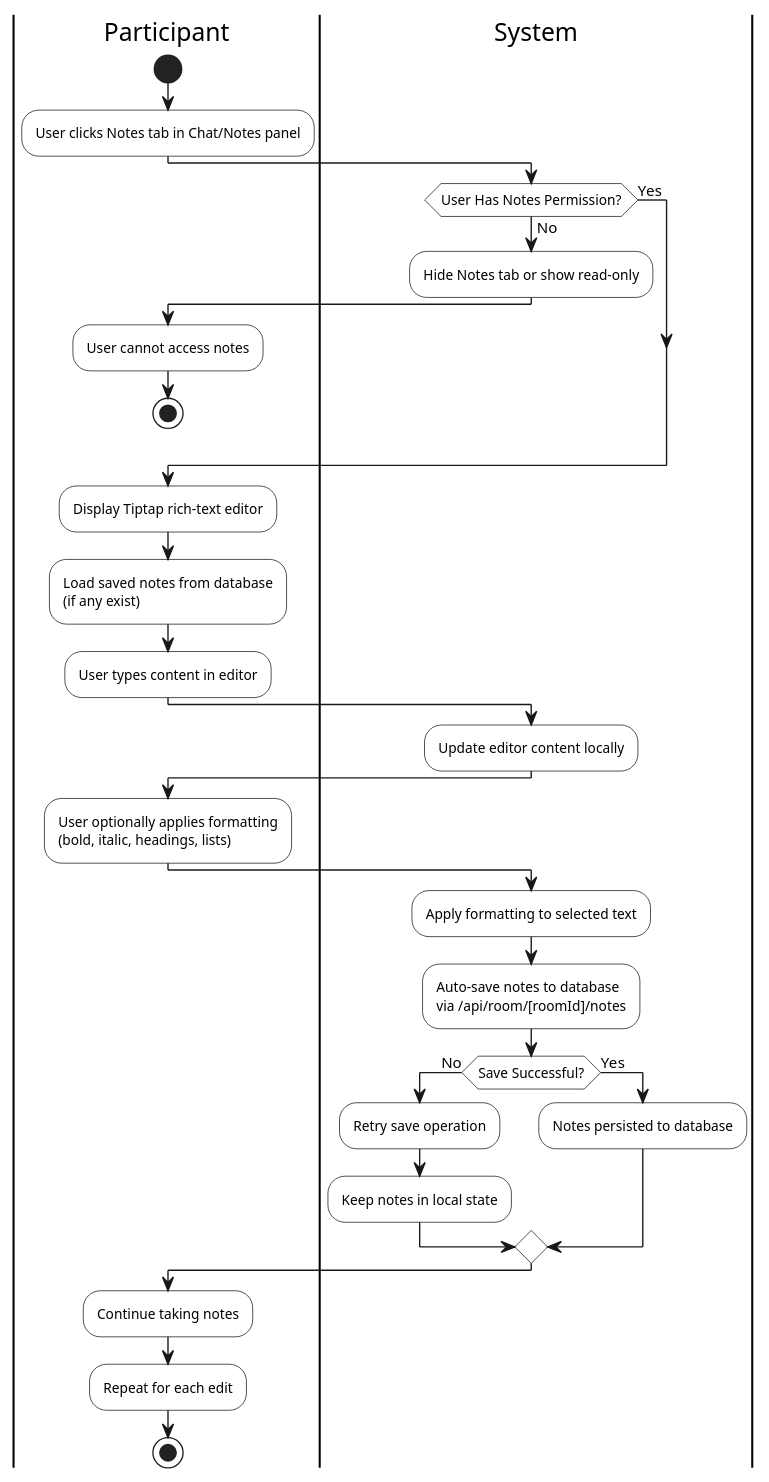
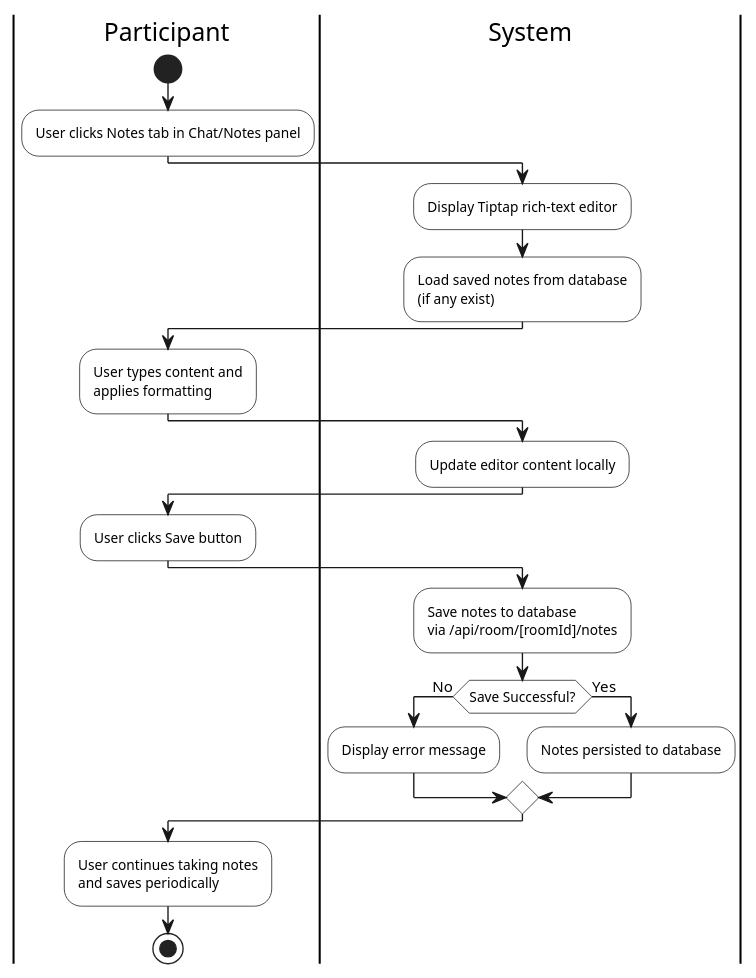
The eighth of 19 diagrams in reports.md (pho-veteran/stoom), drawn with PlantUML before and after one commit. The commit also changed other lines of this file and 1 other file, not shown here.

````diff
--- a/reports.md
+++ b/reports.md
@@ -754,52 +697,41 @@
 ```plantuml
 @startuml
 skinparam monochrome true
 skinparam activity {
     BackgroundColor #FFFFFF
     BorderColor #000000
     FontSize 10
 }
 
 |Participant|
 start
 :User clicks Notes tab in Chat/Notes panel;
 
 |System|
-if (User Has Notes Permission?) then (No)
-    :Hide Notes tab or show read-only;
-    |Participant|
-    :User cannot access notes;
-    stop
-else (Yes)
-endif
-
 :Display Tiptap rich-text editor;
 :Load saved notes from database\n(if any exist);
 
 |Participant|
-:User types content in editor;
+:User types content and\napplies formatting;
 
 |System|
 :Update editor content locally;
 
 |Participant|
-:User optionally applies formatting\n(bold, italic, headings, lists);
+:User clicks Save button;
 
 |System|
-:Apply formatting to selected text;
-:Auto-save notes to database\nvia /api/room/[roomId]/notes;
+:Save notes to database\nvia /api/room/[roomId]/notes;
 
 if (Save Successful?) then (No)
-    :Retry save operation;
-    :Keep notes in local state;
+    :Display error message;
 else (Yes)
     :Notes persisted to database;
 endif
 
 |Participant|
-:Continue taking notes;
-:Repeat for each edit;
+:User continues taking notes\nand saves periodically;
 stop
 
 @enduml
 ```
````
